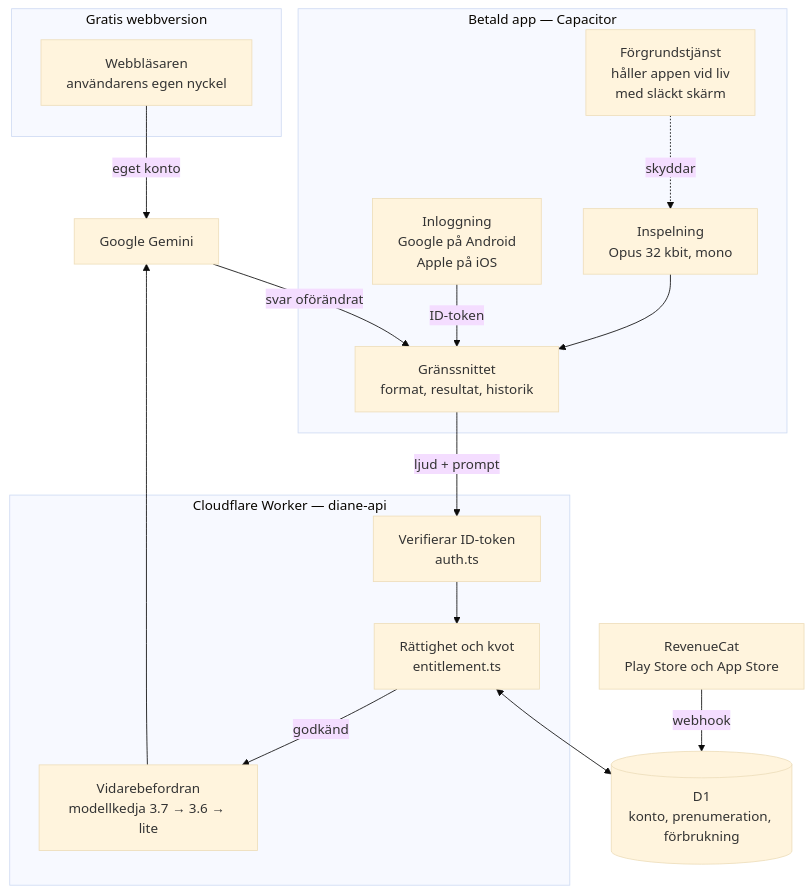
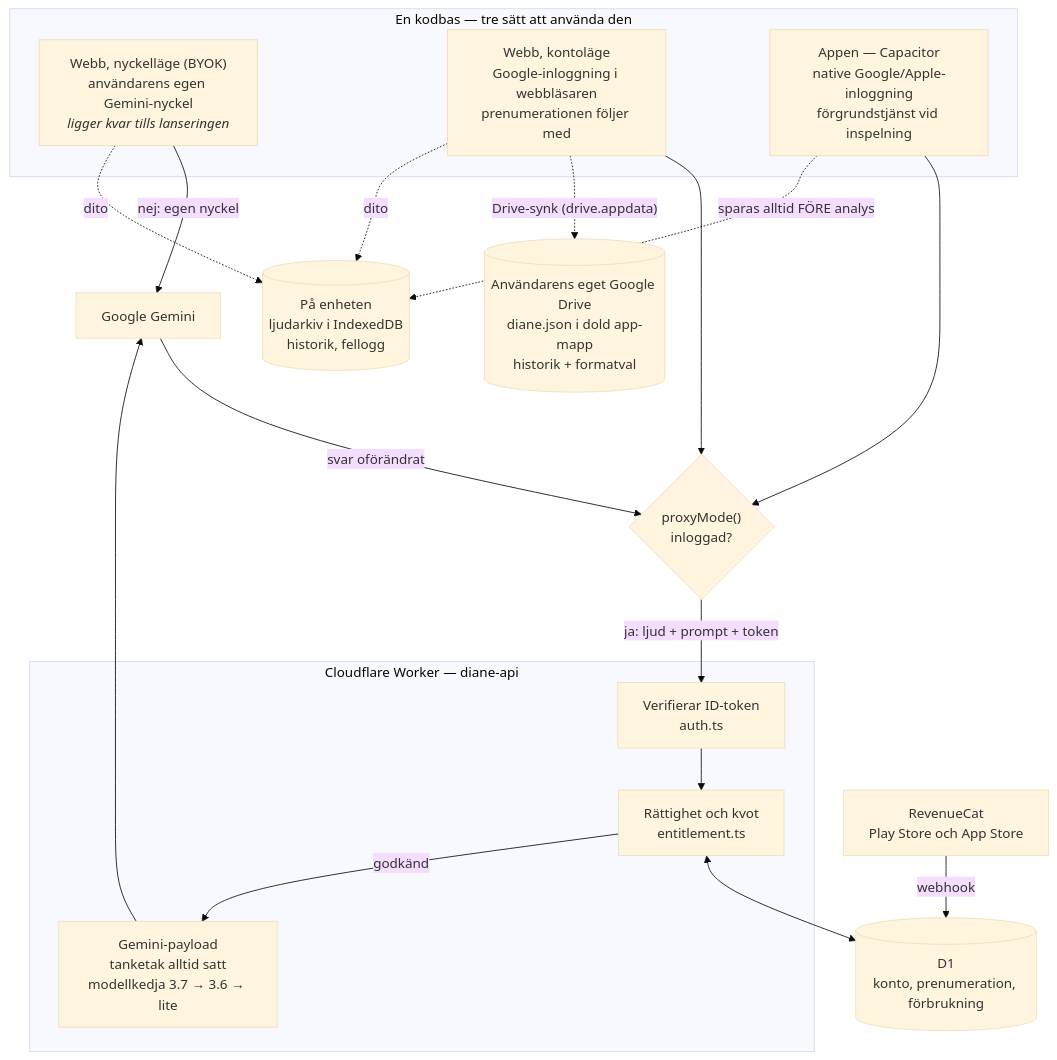
The first of 2 diagrams in docs/architecture.md (Skaneby/voicesummary), drawn with Mermaid (base theme) before and after one commit.

Commit message:
docs: mermaid-flödet uppdaterat — tre klientlägen, proxyMode, Drive och enhetslager
Diagrammet speglade världen före webbkontoläget. Nu: BYOK-webb,
konto-webb och app som tre ingångar till samma kodbas, proxyMode()
som vägval, tanketaket i Workern, Drive-synken till användarens eget
konto och det lokala lagret (ljudarkiv, historik, fellogg).

````diff
--- a/docs/architecture.md
+++ b/docs/architecture.md
@@ -10,36 +10,37 @@
 ```mermaid
 flowchart TB
-  subgraph WEBB["Gratis webbversion"]
-    W1["Webbläsaren<br/>användarens egen nyckel"]
+  subgraph KLIENTER["En kodbas — tre sätt att använda den"]
+    W1["Webb, nyckelläge (BYOK)<br/>användarens egen Gemini-nyckel<br/><i>ligger kvar tills lanseringen</i>"]
+    W2["Webb, kontoläge<br/>Google-inloggning i webbläsaren<br/>prenumerationen följer med"]
+    A0["Appen — Capacitor<br/>native Google/Apple-inloggning<br/>förgrundstjänst vid inspelning"]
   end
 
-  subgraph TELEFON["Betald app — Capacitor"]
-    A1["Inspelning<br/>Opus 32 kbit, mono"]
-    A2["Förgrundstjänst<br/>håller appen vid liv<br/>med släckt skärm"]
-    A3["Gränssnittet<br/>format, resultat, historik"]
-    A4["Inloggning<br/>Google på Android<br/>Apple på iOS"]
-  end
+  PM{"proxyMode()<br/>inloggad?"}
 
   subgraph SERVER["Cloudflare Worker — diane-api"]
     S1["Verifierar ID-token<br/>auth.ts"]
     S2["Rättighet och kvot<br/>entitlement.ts"]
-    S3["Vidarebefordran<br/>modellkedja 3.7 → 3.6 → lite"]
+    S3["Gemini-payload<br/>tanketak alltid satt<br/>modellkedja 3.7 → 3.6 → lite"]
   end
 
   DB[("D1<br/>konto, prenumeration, förbrukning")]
   RC["RevenueCat<br/>Play Store och App Store"]
   GEM["Google Gemini"]
+  GD[("Användarens eget Google Drive<br/>diane.json i dold app-mapp<br/>historik + formatval")]
+  LOK[("På enheten<br/>ljudarkiv i IndexedDB<br/>historik, fellogg")]
 
-  A2 -.skyddar.-> A1
-  A1 --> A3
-  A4 -- ID-token --> A3
-  A3 -- "ljud + prompt" --> S1
+  W1 -->|nej: egen nyckel| GEM
+  W2 --> PM
+  A0 --> PM
+  PM -->|"ja: ljud + prompt + token"| S1
   S1 --> S2
   S2 <--> DB
   S2 -- godkänd --> S3
   S3 --> GEM
-  GEM -- "svar oförändrat" --> A3
+  GEM -- "svar oförändrat" --> PM
   RC -- webhook --> DB
-
-  W1 -- "eget konto" --> GEM
+  W2 -. "Drive-synk (drive.appdata)" .-> GD
+  A0 -. "sparas alltid FÖRE analys" .-> LOK
+  W1 -. dito .-> LOK
+  W2 -. dito .-> LOK
 ```
````
